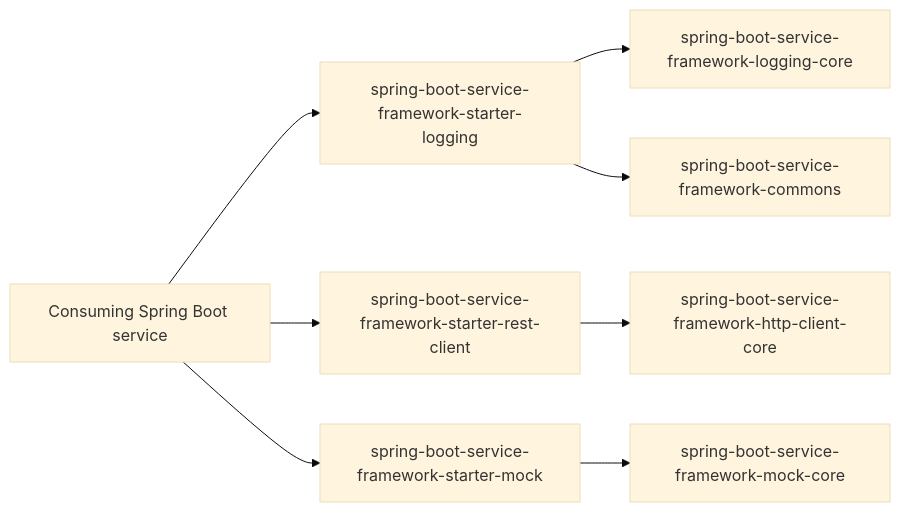
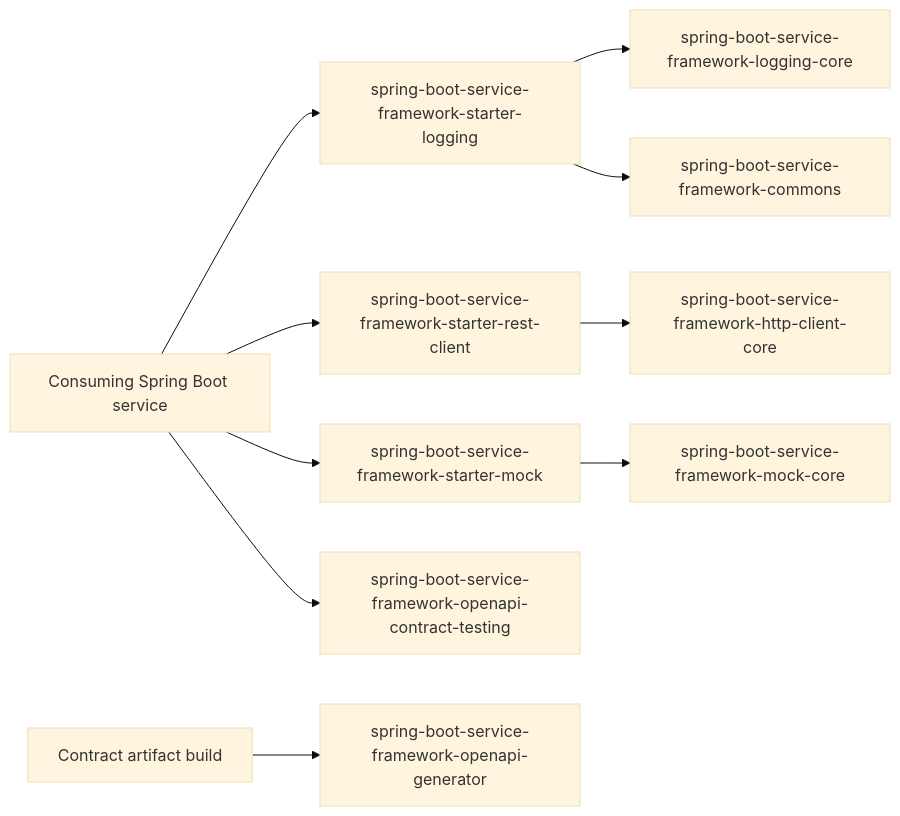
One commit to Gazu/spring-boot-service-framework changed the diagram in README.md. Above: the diagram before and after it, drawn with Mermaid (base theme). The commit also changed other lines of this file and 597 other files, not shown here.

````diff
--- a/README.md
+++ b/README.md
@@ -49,19 +52,24 @@
 ```mermaid
 flowchart LR
     Service["Consuming Spring Boot service"]
+    ContractBuild["Contract artifact build"]
     StarterLogging["spring-boot-service-framework-starter-logging"]
     StarterRest["spring-boot-service-framework-starter-rest-client"]
     StarterMock["spring-boot-service-framework-starter-mock"]
     LoggingCore["spring-boot-service-framework-logging-core"]
     HttpCore["spring-boot-service-framework-http-client-core"]
     MockCore["spring-boot-service-framework-mock-core"]
+    OpenApiGenerator["spring-boot-service-framework-openapi-generator"]
+    ContractTesting["spring-boot-service-framework-openapi-contract-testing"]
     Commons["spring-boot-service-framework-commons"]
 
     Service --> StarterLogging
     Service --> StarterRest
     Service --> StarterMock
     StarterLogging --> LoggingCore
     StarterLogging --> Commons
     StarterRest --> HttpCore
     StarterMock --> MockCore
+    ContractBuild --> OpenApiGenerator
+    Service --> ContractTesting
 ```
````
